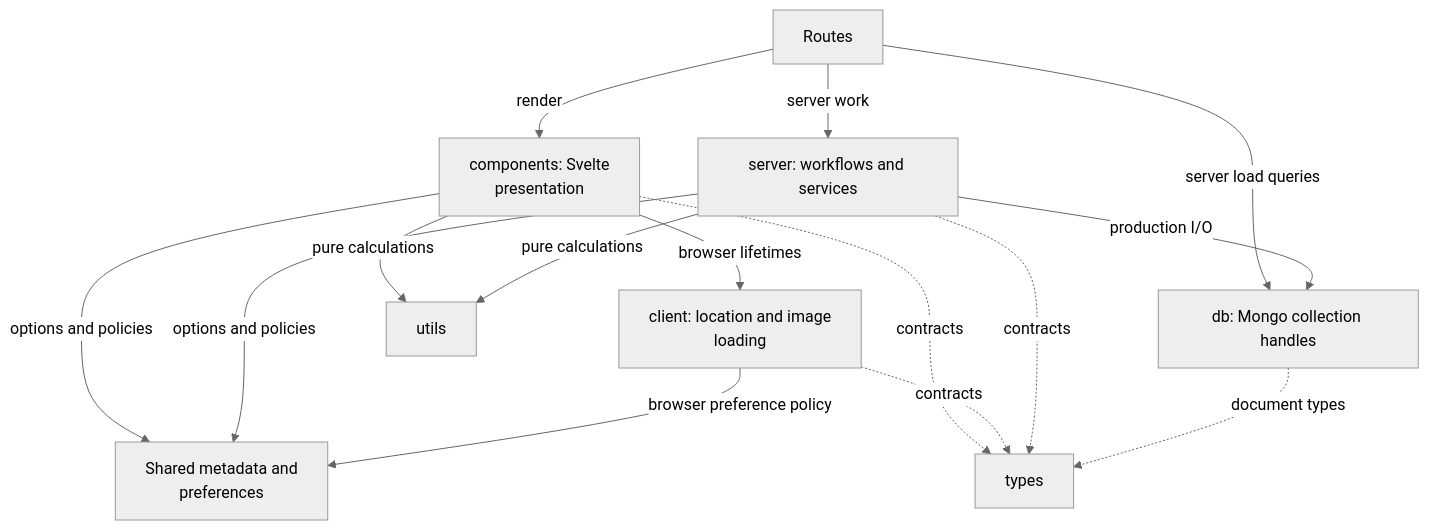
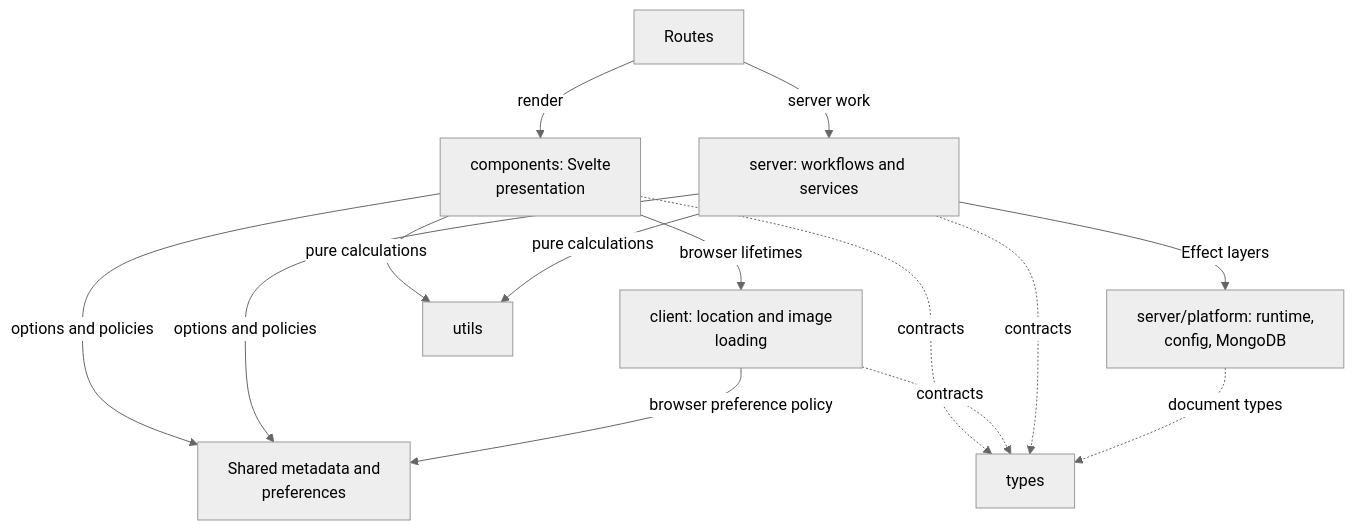
Before and after one commit to jonathan-lindqvist/enstorstarkreview: the diagram in src/lib/README.md, drawn with Mermaid (neutral theme). The commit also changed other lines of this file and 21 other files, not shown here.

Commit message:
docs: describe the Effect runtime, HttpApi and test layers

````diff
--- a/src/lib/README.md
+++ b/src/lib/README.md
@@ -13,17 +14,16 @@
 ```mermaid
 flowchart TD
     Routes["Routes"] -->|"render"| Components["components: Svelte<br/>presentation"]
     Routes -->|"server work"| Server["server: workflows and services"]
-    Routes -->|"server load queries"| DB["db: Mongo collection handles"]
     Components -->|"browser lifetimes"| Client["client: location and image<br/>loading"]
-    Server -->|"production I/O"| DB
+    Server -->|"Effect layers"| Platform["server/platform: runtime,<br/>config, MongoDB"]
     Components -->|"pure calculations"| Utils["utils"]
     Server -->|"pure calculations"| Utils
     Components -->|"options and policies"| Shared["Shared metadata and<br/>preferences"]
     Server -->|"options and policies"| Shared
     Client -->|"browser preference policy"| Shared
     Components -.->|"contracts"| Types["types"]
     Client -.->|"contracts"| Types
     Server -.->|"contracts"| Types
-    DB -.->|"document types"| Types
+    Platform -.->|"document types"| Types
 ```
````
